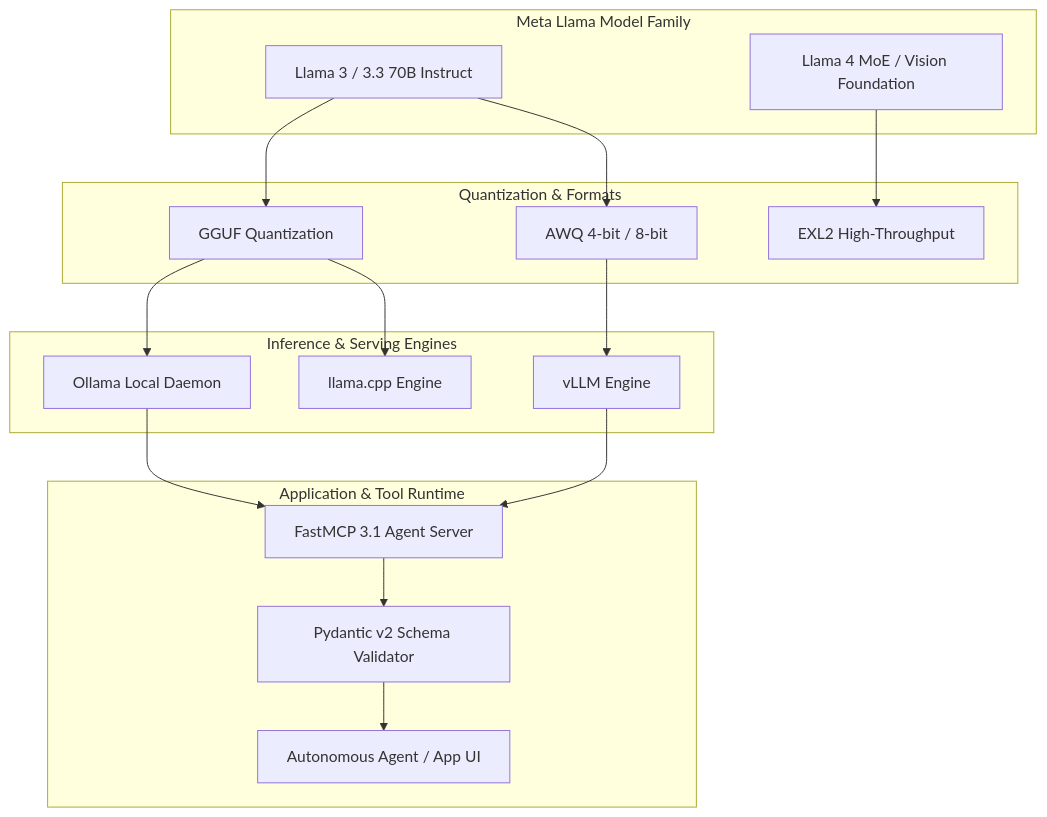
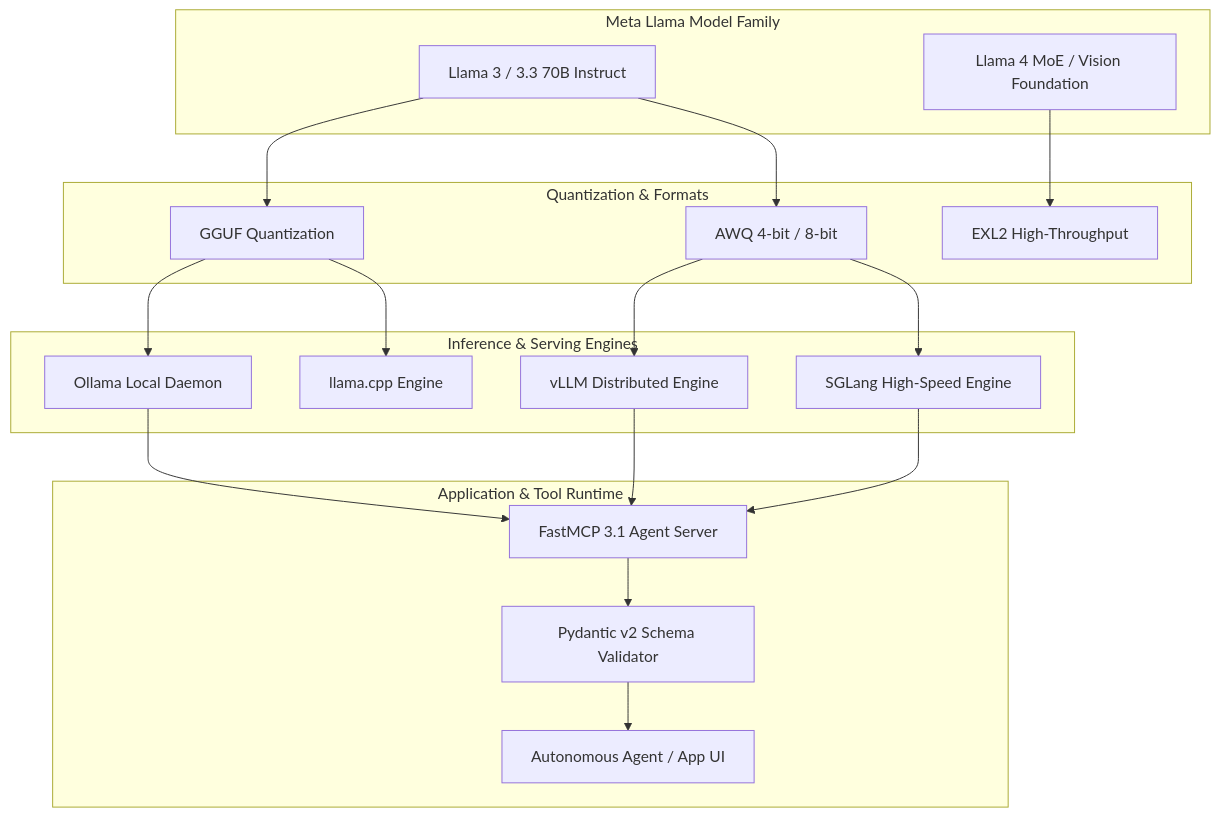
One commit to joanmarcriera/Home-office-automations changed the diagram in docs/tools/ai_knowledge/llama.md. Above: the diagram before and after it, drawn with Mermaid. The commit also changed other lines of this file and 5 other files, not shown here.

````diff
--- a/docs/tools/ai_knowledge/llama.md
+++ b/docs/tools/ai_knowledge/llama.md
@@ -17,36 +17,39 @@
 ```mermaid
 graph TD
     subgraph Meta Llama Model Family
         L3[Llama 3 / 3.3 70B Instruct]
         L4[Llama 4 MoE / Vision Foundation]
     end
 
     subgraph Quantization & Formats
         GGUF[GGUF Quantization]
         AWQ[AWQ 4-bit / 8-bit]
         EXL2[EXL2 High-Throughput]
     end
 
     subgraph Inference & Serving Engines
-        vLLM[vLLM Engine]
+        vLLM[vLLM Distributed Engine]
         Ollama[Ollama Local Daemon]
         LlamaCPP[llama.cpp Engine]
+        SGLang[SGLang High-Speed Engine]
     end
 
     subgraph Application & Tool Runtime
         FastMCP[FastMCP 3.1 Agent Server]
         Pydantic[Pydantic v2 Schema Validator]
         Agent[Autonomous Agent / App UI]
     end
 
     L3 --> GGUF
     L3 --> AWQ
     L4 --> EXL2
     GGUF --> Ollama
     GGUF --> LlamaCPP
     AWQ --> vLLM
+    AWQ --> SGLang
     Ollama --> FastMCP
     vLLM --> FastMCP
+    SGLang --> FastMCP
     FastMCP --> Pydantic
     Pydantic --> Agent
 ```
````
